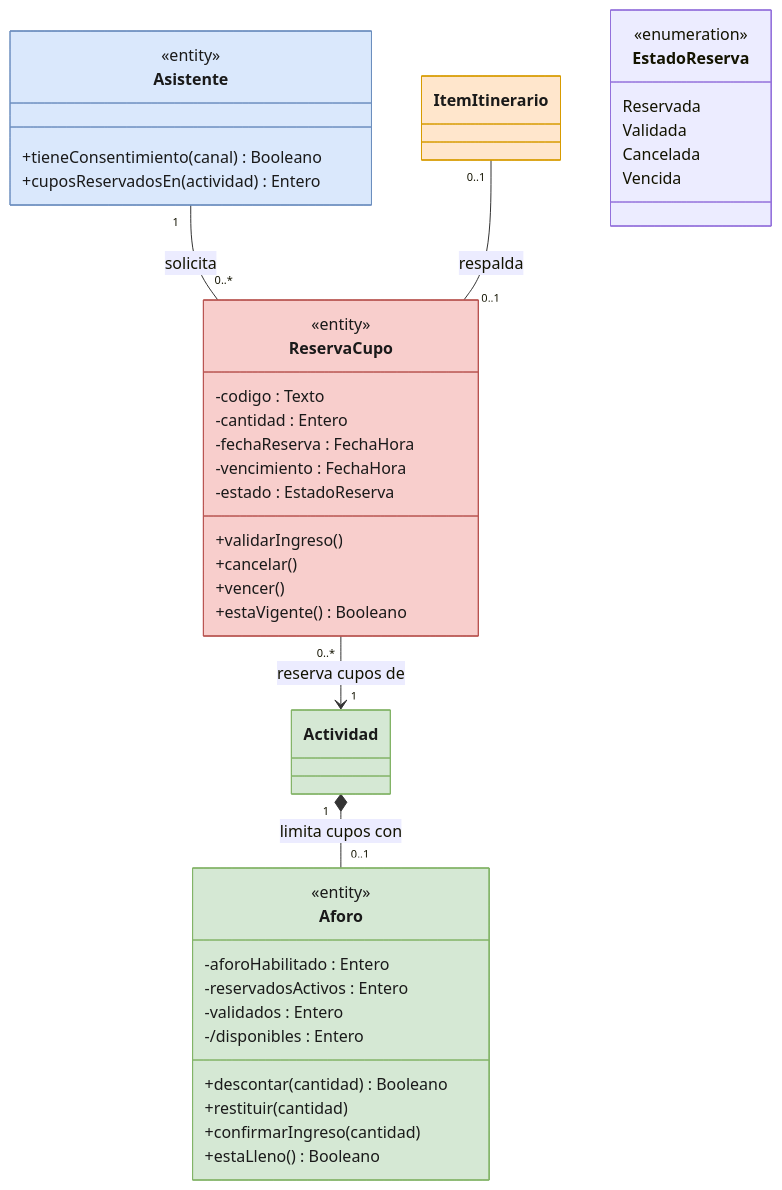
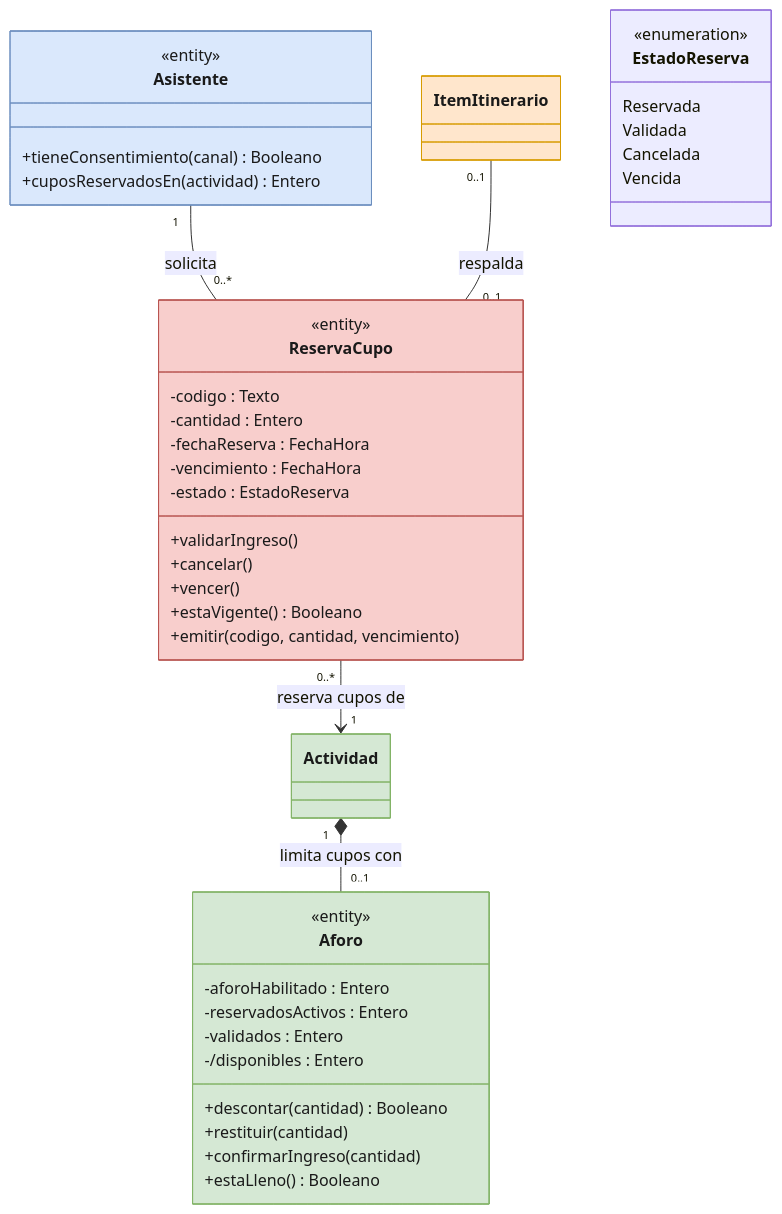
One commit to ArquitecturaSoftwareEC-UNI/FIAVL_ProyectoBIM changed the fourth of 7 diagrams in docs/architecture/02-logical-view.md. Above: the diagram before and after it, drawn with Mermaid. The commit also changed other lines of this file and 1 other file, not shown here.

Commit message:
Prompt 4 – Vista de Procesos: ECB tables, diagramas de secuencia CU‑02/CU‑03/CU‑07; métodos añadidos a Logical View; Mermaid validado.

````diff
--- a/docs/architecture/02-logical-view.md
+++ b/docs/architecture/02-logical-view.md
@@ -536,50 +543,51 @@
 ```mermaid
 classDiagram
   direction TB
   class ReservaCupo {
     <<entity>>
     -codigo : Texto
     -cantidad : Entero
     -fechaReserva : FechaHora
     -vencimiento : FechaHora
     -estado : EstadoReserva
     +validarIngreso()
     +cancelar()
     +vencer()
     +estaVigente() Booleano
+    +emitir(codigo, cantidad, vencimiento)
   }
   class Aforo {
     <<entity>>
     -aforoHabilitado : Entero
     -reservadosActivos : Entero
     -validados : Entero
     -/disponibles : Entero
     +descontar(cantidad) Booleano
     +restituir(cantidad)
     +confirmarIngreso(cantidad)
     +estaLleno() Booleano
   }
   class Asistente {
     <<entity>>
     +tieneConsentimiento(canal) Booleano
     +cuposReservadosEn(actividad) Entero
   }
   class Actividad
   class ItemItinerario
   class EstadoReserva {
     <<enumeration>>
     Reservada
     Validada
     Cancelada
     Vencida
   }
   Asistente "1" -- "0..*" ReservaCupo : solicita
   ReservaCupo "0..*" --> "1" Actividad : reserva cupos de
   ItemItinerario "0..1" -- "0..1" ReservaCupo : respalda
   Actividad "1" *-- "0..1" Aforo : limita cupos con
   style Aforo fill:#D5E8D4,stroke:#82B366,color:#1a1a1a
   style ItemItinerario fill:#FFE6CC,stroke:#D79B00,color:#1a1a1a
   style ReservaCupo fill:#F8CECC,stroke:#B85450,color:#1a1a1a
   style Actividad fill:#D5E8D4,stroke:#82B366,color:#1a1a1a
   style Asistente fill:#DAE8FC,stroke:#6C8EBF,color:#1a1a1a
 ```
````
